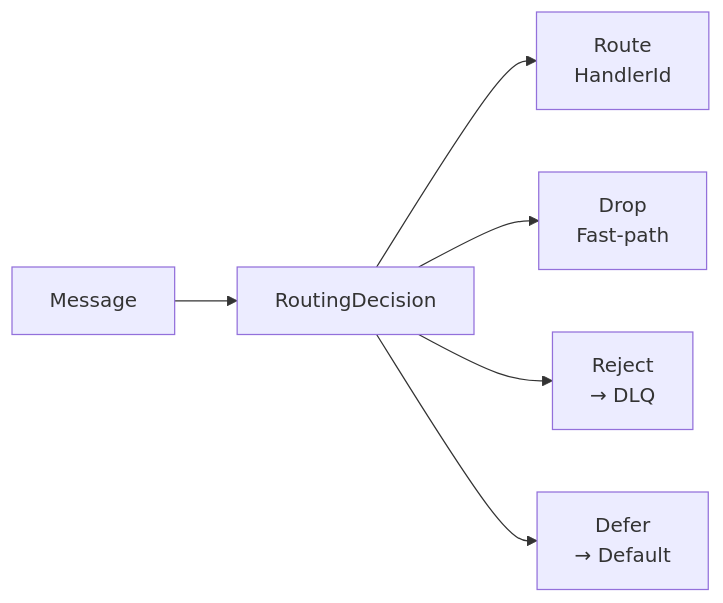
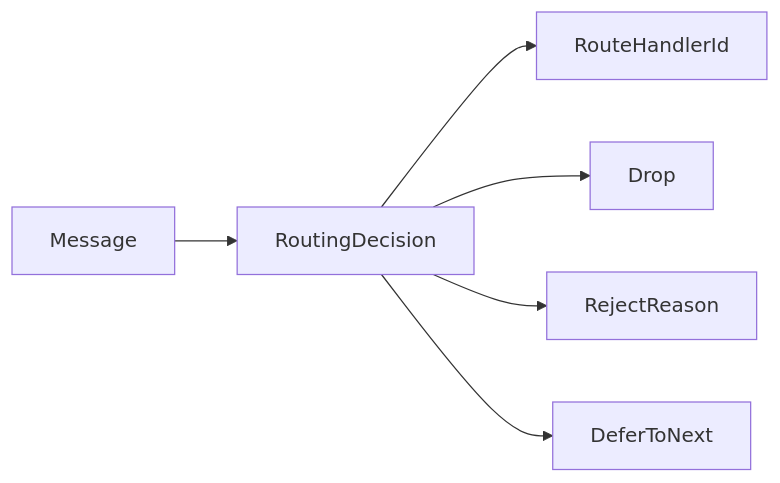
Before and after one commit to DVNghiem/KafPy: the second of 2 diagrams in docs/architecture/routing.md, drawn with Mermaid. The commit also changed other lines of this file and 20 other files, not shown here.

````diff
--- a/docs/architecture/routing.md
+++ b/docs/architecture/routing.md
@@ -69,9 +38,8 @@
 ```mermaid
 graph LR
-    A[Message] --> DEC[RoutingDecision]
-
-    DEC --> R1[Route<br/>HandlerId]
-    DEC --> R2[Drop<br/>Fast-path]
-    DEC --> R3[Reject<br/>→ DLQ]
-    DEC --> R4[Defer<br/>→ Default]
+    messageIn[Message] --> decision[RoutingDecision]
+    decision --> route[RouteHandlerId]
+    decision --> drop[Drop]
+    decision --> reject[RejectReason]
+    decision --> defer[DeferToNext]
 ```
````
